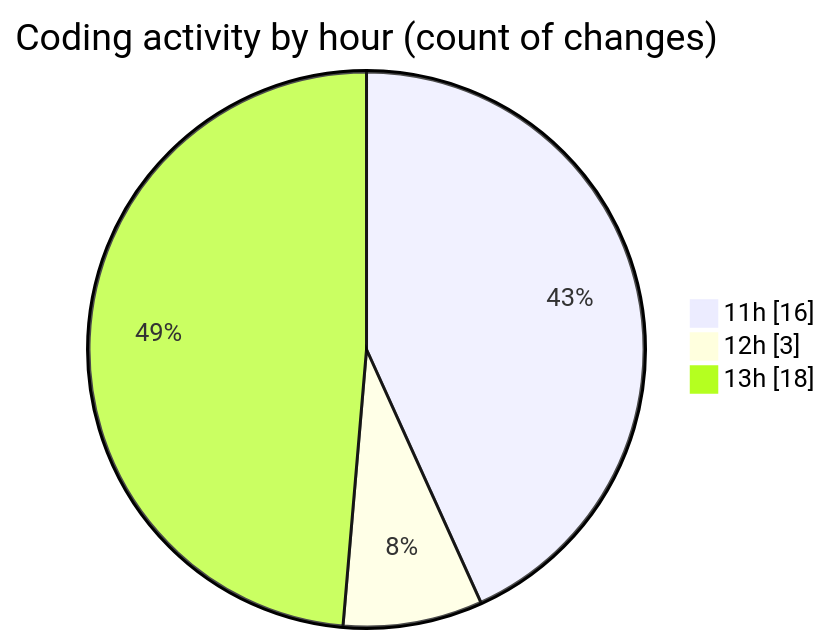
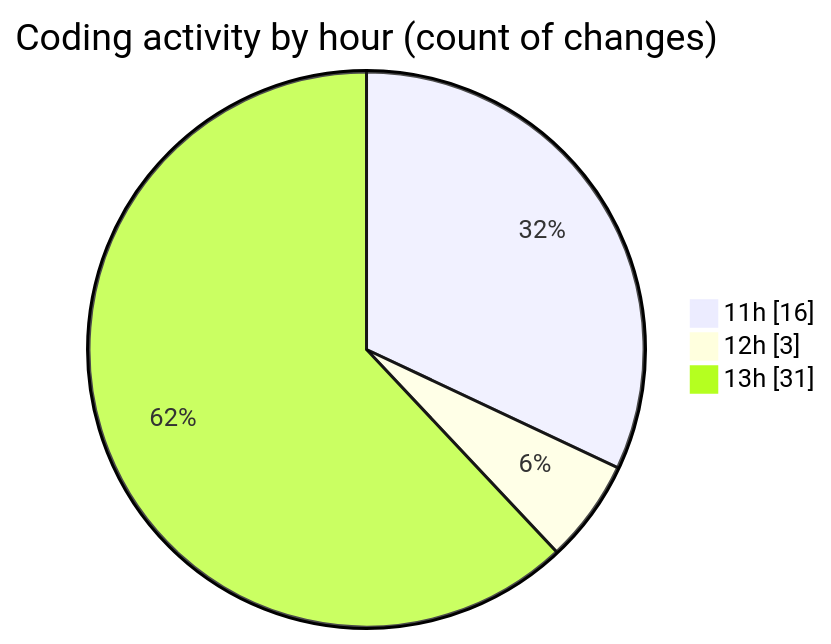
One commit to nxtqubesakshisongat/code-tracking changed the second of 2 diagrams in 2025-07-08/argos/README.md. Above: the diagram before and after it, drawn with Mermaid. The commit also changed other lines of this file and 1 other file, not shown here.

````diff
--- a/2025-07-08/argos/README.md
+++ b/2025-07-08/argos/README.md
@@ -32,7 +32,7 @@
 ```mermaid
 pie showData
 title Coding activity by hour (count of changes)
 "11h" : 16
 "12h" : 3
-"13h" : 18
+"13h" : 31
 ```
````
